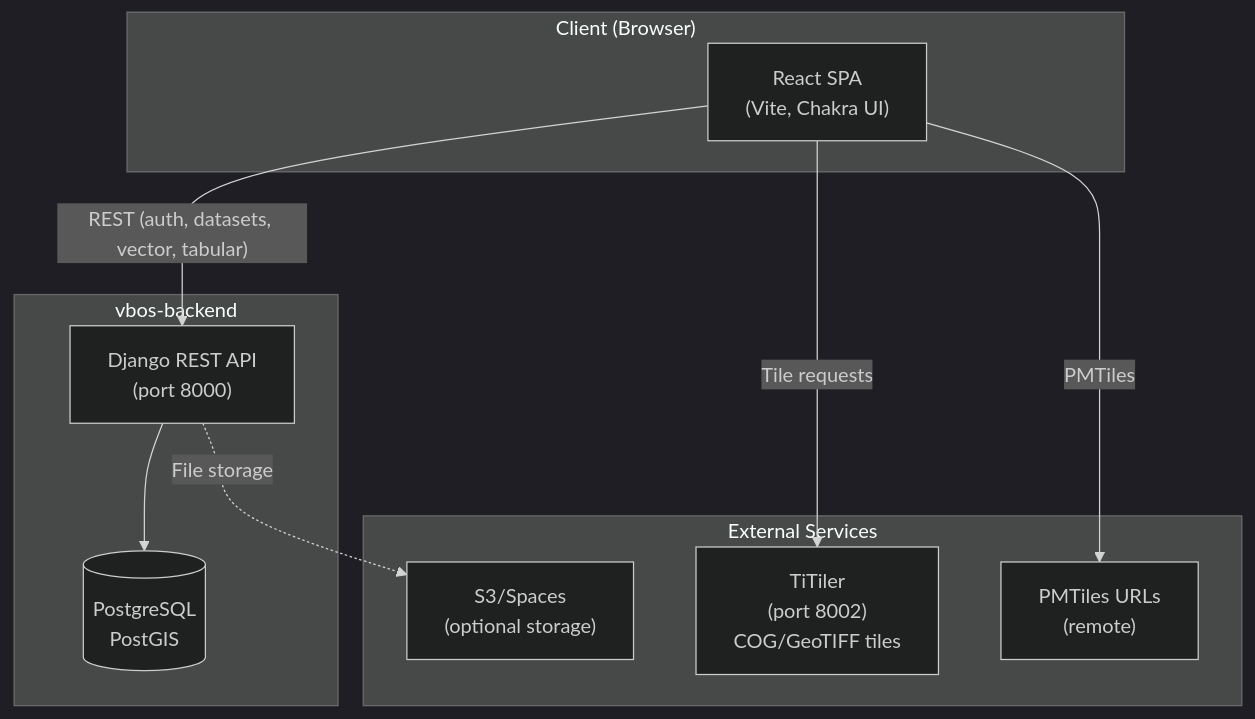
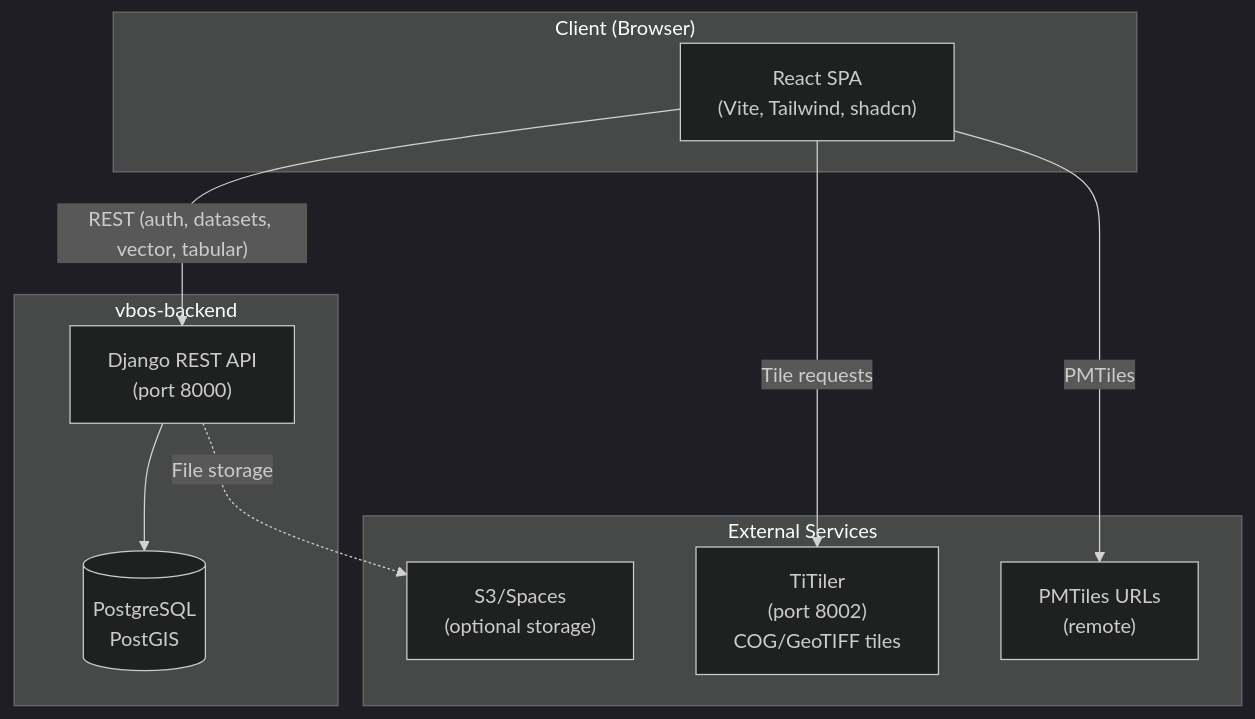
Before and after one commit to VBoS-Social-Section/disaster-project-mis: the diagram in README.md, drawn with Mermaid (dark theme). The commit also changed other lines of this file and 249 other files, not shown here.

````diff
--- a/README.md
+++ b/README.md
@@ -24,23 +24,23 @@
 ```mermaid
 flowchart TB
     subgraph Client["Client (Browser)"]
-        SPA["React SPA<br/>(Vite, Chakra UI)"]
+        SPA["React SPA<br/>(Vite, Tailwind, shadcn)"]
     end
 
     subgraph Backend["vbos-backend"]
         API["Django REST API<br/>(port 8000)"]
         DB[(PostgreSQL<br/>PostGIS)]
         API --> DB
     end
 
     subgraph External["External Services"]
         TiTiler["TiTiler<br/>(port 8002)<br/>COG/GeoTIFF tiles"]
         PMTiles["PMTiles URLs<br/>(remote)"]
         S3["S3/Spaces<br/>(optional storage)"]
     end
 
     SPA -->|"REST (auth, datasets, vector, tabular)"| API
     SPA -->|"Tile requests"| TiTiler
     SPA -->|"PMTiles"| PMTiles
     API -.->|"File storage"| S3
 ```
````
